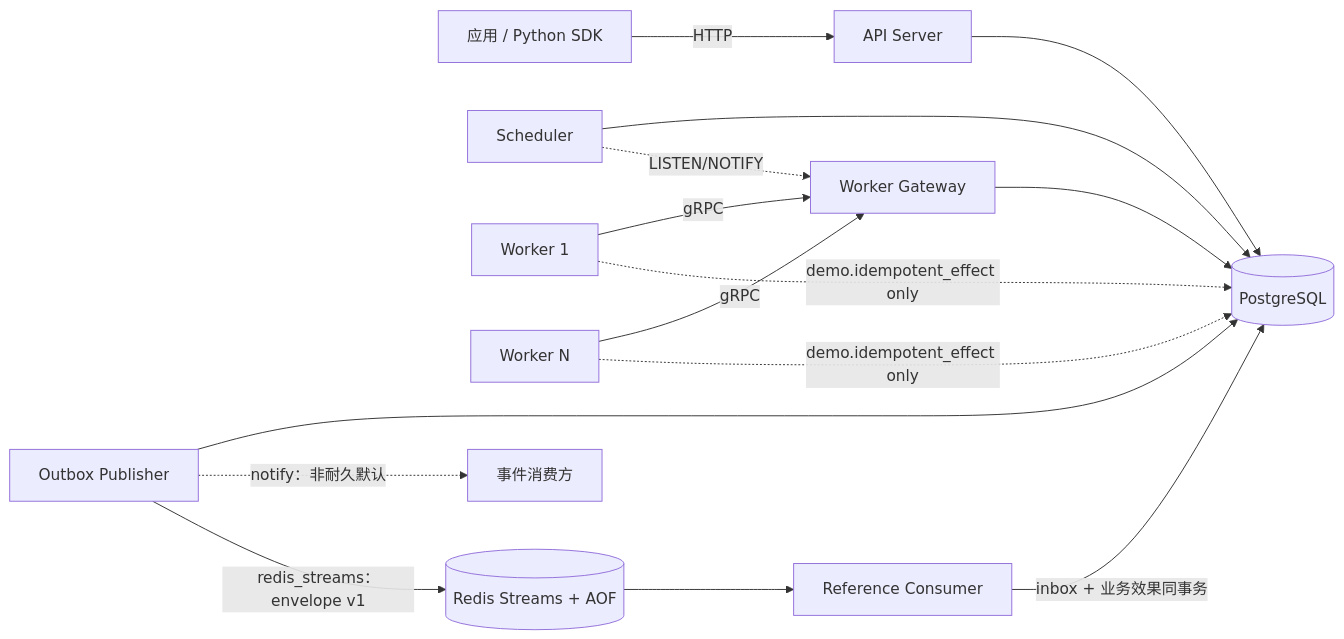
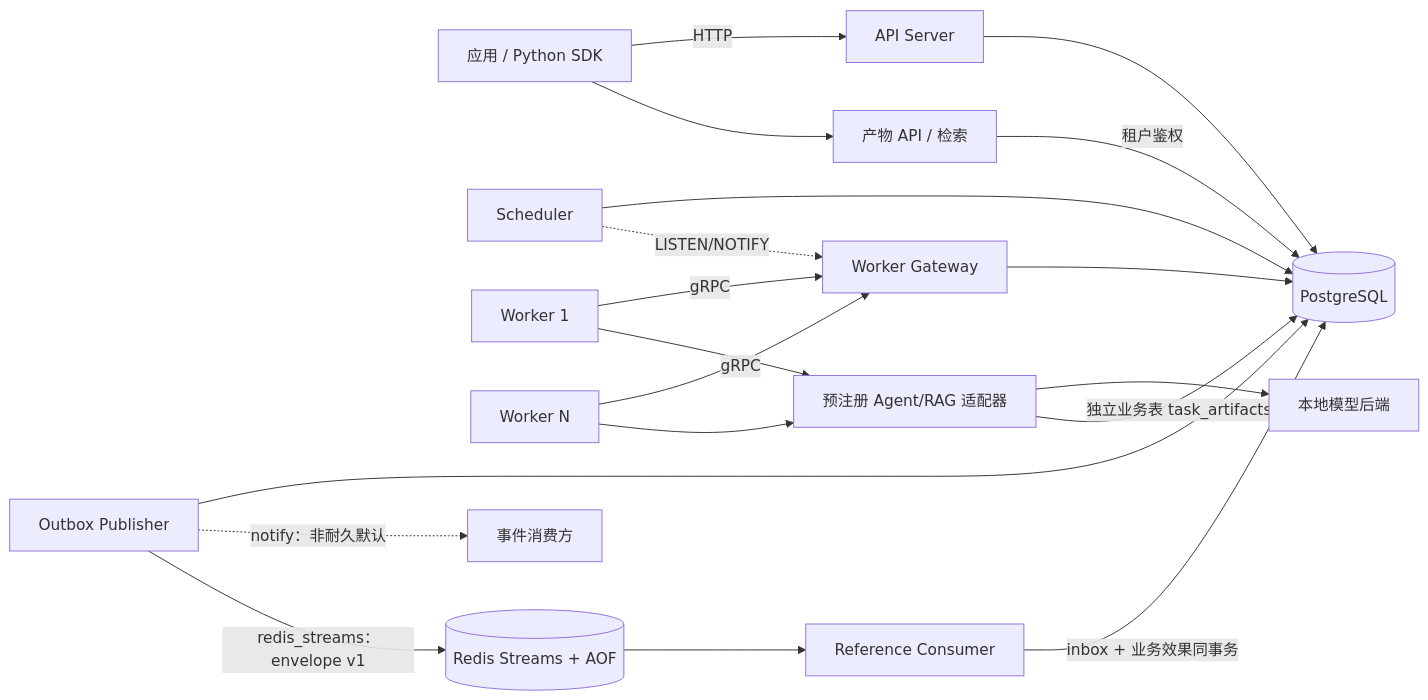
Before and after one commit to XJfyrh/JobForge: the diagram in README.md, drawn with Mermaid. The commit also changed other lines of this file and 123 other files, not shown here.

First line of the commit message:
feat: add reliable Agent/RAG tasks and observable recovery

````diff
--- a/README.md
+++ b/README.md
@@ -11,17 +11,21 @@
 ```mermaid
 flowchart LR
     Client[应用 / Python SDK] -->|HTTP| API[API Server]
     API --> PG[(PostgreSQL)]
     Scheduler[Scheduler] --> PG
     Worker1[Worker 1] -->|gRPC| Gateway[Worker Gateway]
     Worker2[Worker N] -->|gRPC| Gateway
     Gateway --> PG
-    Worker1 -.->|demo.idempotent_effect only| PG
-    Worker2 -.->|demo.idempotent_effect only| PG
+    Worker1 --> Tasks[预注册 Agent/RAG 适配器]
+    Worker2 --> Tasks
+    Tasks --> Ollama[本地模型后端]
+    Tasks -->|独立业务表 task_artifacts| PG
+    Client --> Artifacts[产物 API / 检索]
+    Artifacts -->|租户鉴权| PG
     Scheduler -.->|LISTEN/NOTIFY| Gateway
     Publisher[Outbox Publisher] --> PG
     Publisher -.->|notify：非耐久默认| Consumers[事件消费方]
     Publisher -->|redis_streams：envelope v1| Redis[(Redis Streams + AOF)]
     Redis --> ReferenceConsumer[Reference Consumer]
     ReferenceConsumer -->|inbox + 业务效果同事务| PG
 ```
````
